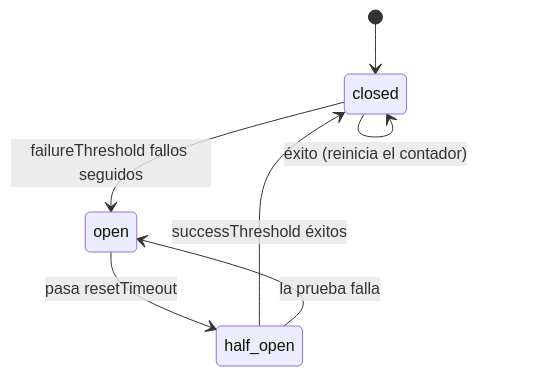
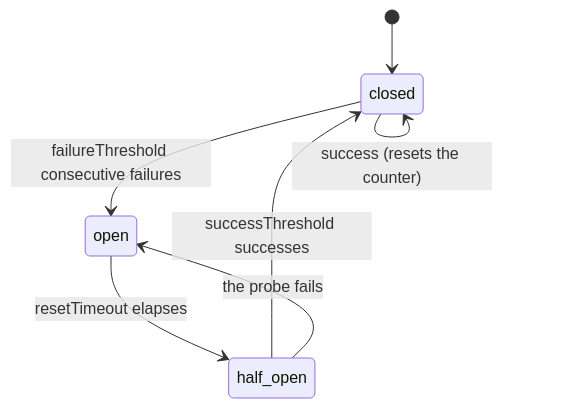
One commit to JonDotsoy/resilience changed the diagram in README.md. Above: the diagram before and after it, drawn with Mermaid. The commit also changed other lines of this file and 2 other files, not shown here.

````diff
--- a/README.md
+++ b/README.md
@@ -308,9 +308,9 @@
 ```mermaid
 stateDiagram-v2
     [*] --> closed
-    closed --> open: failureThreshold fallos seguidos
-    open --> half_open: pasa resetTimeout
-    half_open --> closed: successThreshold éxitos
-    half_open --> open: la prueba falla
-    closed --> closed: éxito (reinicia el contador)
+    closed --> open: failureThreshold consecutive failures
+    open --> half_open: resetTimeout elapses
+    half_open --> closed: successThreshold successes
+    half_open --> open: the probe fails
+    closed --> closed: success (resets the counter)
 ```
````
